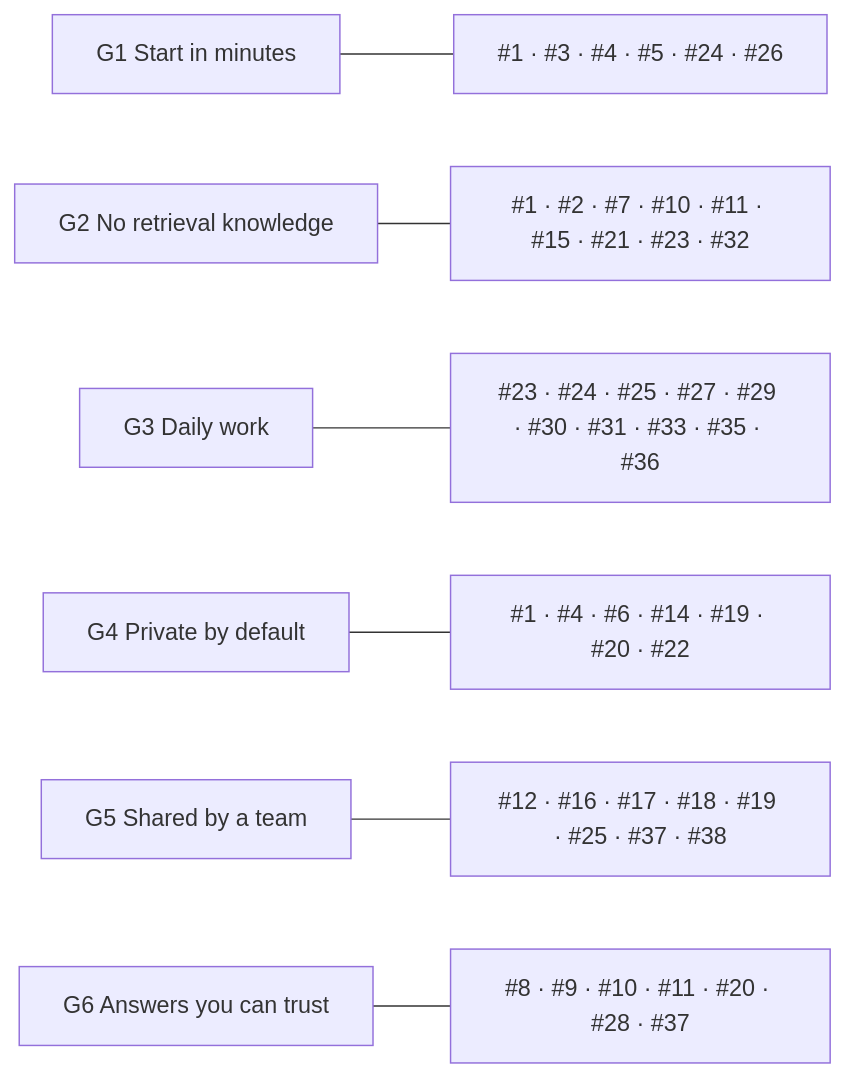
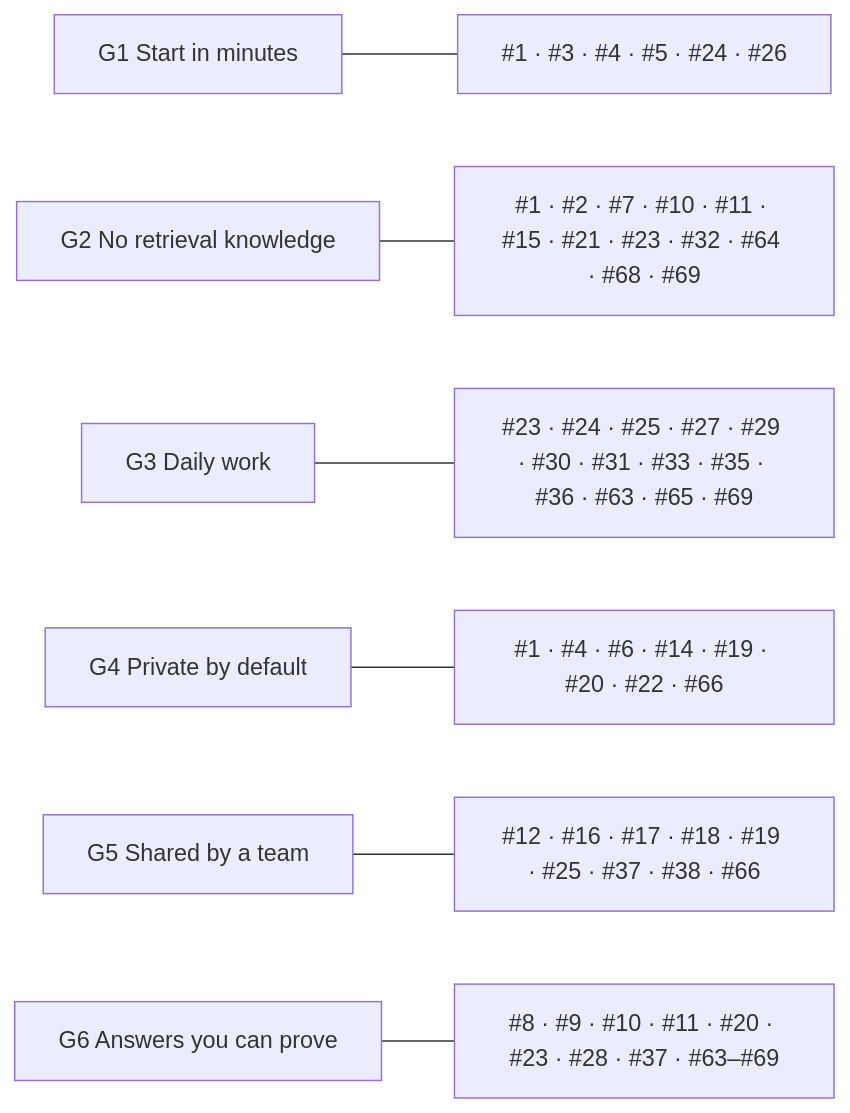
One commit to boudou/StrataKB changed the first of 3 diagrams in docs/IMPROVEMENTS.md. Above: the diagram before and after it, drawn with Mermaid. The commit also changed other lines of this file and 1 other file, not shown here.

Commit message:
Add the roadmap to the README and plan milestone 2 around answers you can prove (#71)

````diff
--- a/docs/IMPROVEMENTS.md
+++ b/docs/IMPROVEMENTS.md
@@ -22,9 +22,9 @@
 ```mermaid
 flowchart LR
     G1["G1 Start in minutes"] --- i1["#1 · #3 · #4 · #5 · #24 · #26"]
-    G2["G2 No retrieval knowledge"] --- i2["#1 · #2 · #7 · #10 · #11 · #15 · #21 · #23 · #32"]
-    G3["G3 Daily work"] --- i3["#23 · #24 · #25 · #27 · #29 · #30 · #31 · #33 · #35 · #36"]
-    G4["G4 Private by default"] --- i4["#1 · #4 · #6 · #14 · #19 · #20 · #22"]
-    G5["G5 Shared by a team"] --- i5["#12 · #16 · #17 · #18 · #19 · #25 · #37 · #38"]
-    G6["G6 Answers you can trust"] --- i6["#8 · #9 · #10 · #11 · #20 · #28 · #37"]
+    G2["G2 No retrieval knowledge"] --- i2["#1 · #2 · #7 · #10 · #11 · #15 · #21 · #23 · #32 · #64 · #68 · #69"]
+    G3["G3 Daily work"] --- i3["#23 · #24 · #25 · #27 · #29 · #30 · #31 · #33 · #35 · #36 · #63 · #65 · #69"]
+    G4["G4 Private by default"] --- i4["#1 · #4 · #6 · #14 · #19 · #20 · #22 · #66"]
+    G5["G5 Shared by a team"] --- i5["#12 · #16 · #17 · #18 · #19 · #25 · #37 · #38 · #66"]
+    G6["G6 Answers you can prove"] --- i6["#8 · #9 · #10 · #11 · #20 · #23 · #28 · #37 · #63–#69"]
 ```
````
